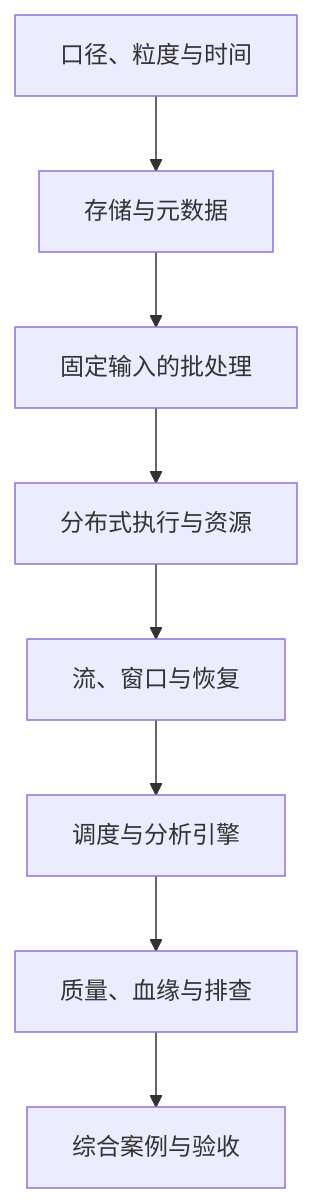
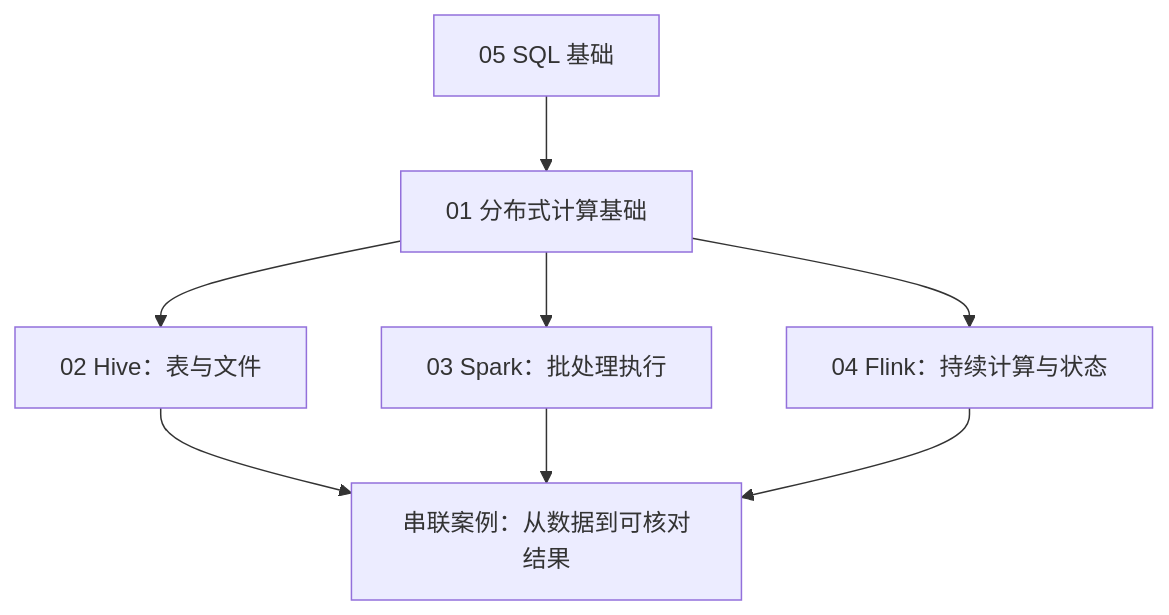
Before and after one commit to Mr-giraff/backend-roadmap: the diagram in docs/15-大数据组件与数据链路/README/index.md, drawn with Mermaid. The commit also changed other lines of this file and 46 other files, not shown here.

````diff
--- a/docs/15-大数据组件与数据链路/README/index.md
+++ b/docs/15-大数据组件与数据链路/README/index.md
@@ -25,10 +24,10 @@
 ```mermaid
 flowchart TD
-    A["口径、粒度与时间"] --> B["存储与元数据"]
-    B --> C["固定输入的批处理"]
-    C --> D["分布式执行与资源"]
-    D --> E["流、窗口与恢复"]
-    E --> F["调度与分析引擎"]
-    F --> G["质量、血缘与排查"]
-    G --> H["综合案例与验收"]
+    SQL["05 SQL 基础"] --> BASE["01 分布式计算基础"]
+    BASE --> HIVE["02 Hive：表与文件"]
+    BASE --> SPARK["03 Spark：批处理执行"]
+    BASE --> FLINK["04 Flink：持续计算与状态"]
+    HIVE --> CASE["串联案例：从数据到可核对结果"]
+    SPARK --> CASE
+    FLINK --> CASE
 ```
````
